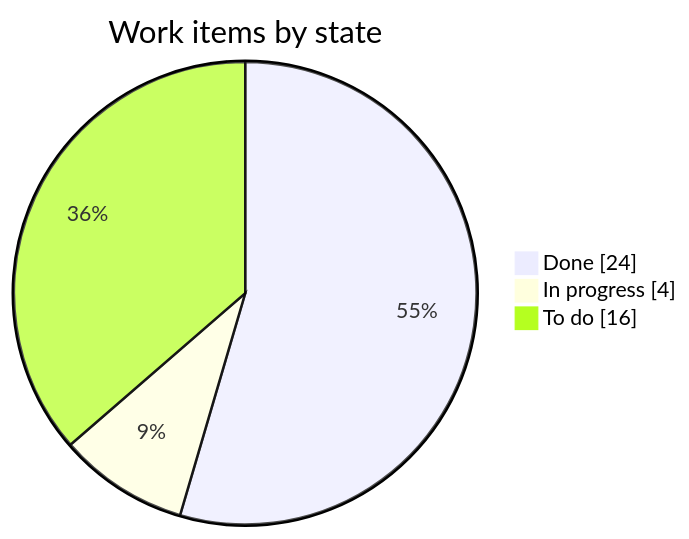
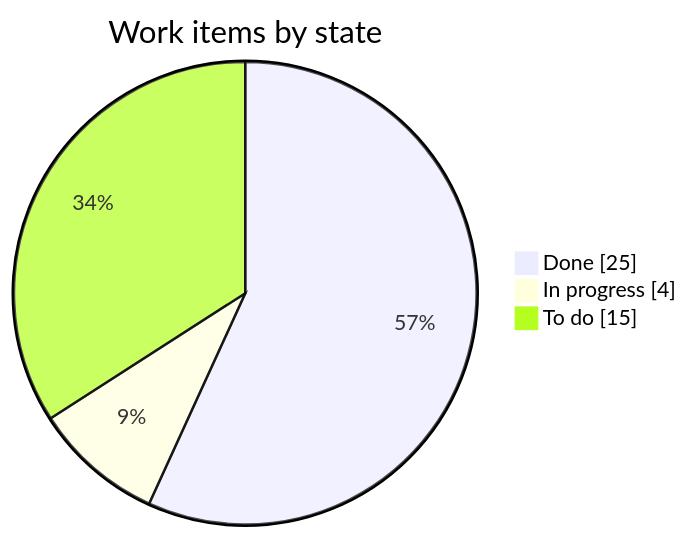
One commit to LoMagnette/ghost-light changed the first of 2 diagrams in STATUS.md. Above: the diagram before and after it, drawn with Mermaid. The commit also changed other lines of this file, not shown here.

````diff
--- a/STATUS.md
+++ b/STATUS.md
@@ -31,7 +31,7 @@
 ```mermaid
 pie showData
     title Work items by state
-    "Done" : 24
+    "Done" : 25
     "In progress" : 4
-    "To do" : 16
+    "To do" : 15
 ```
````
